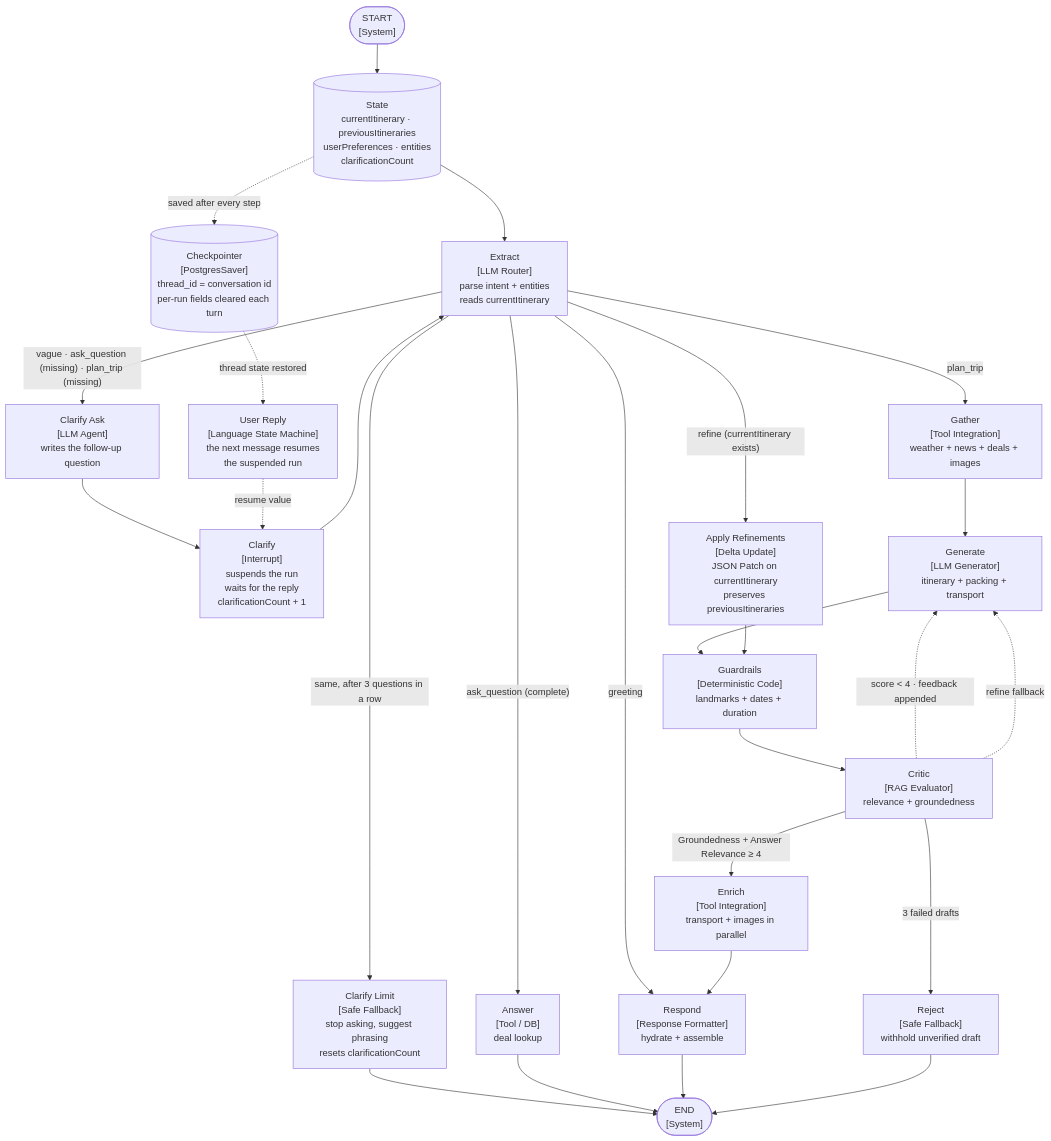
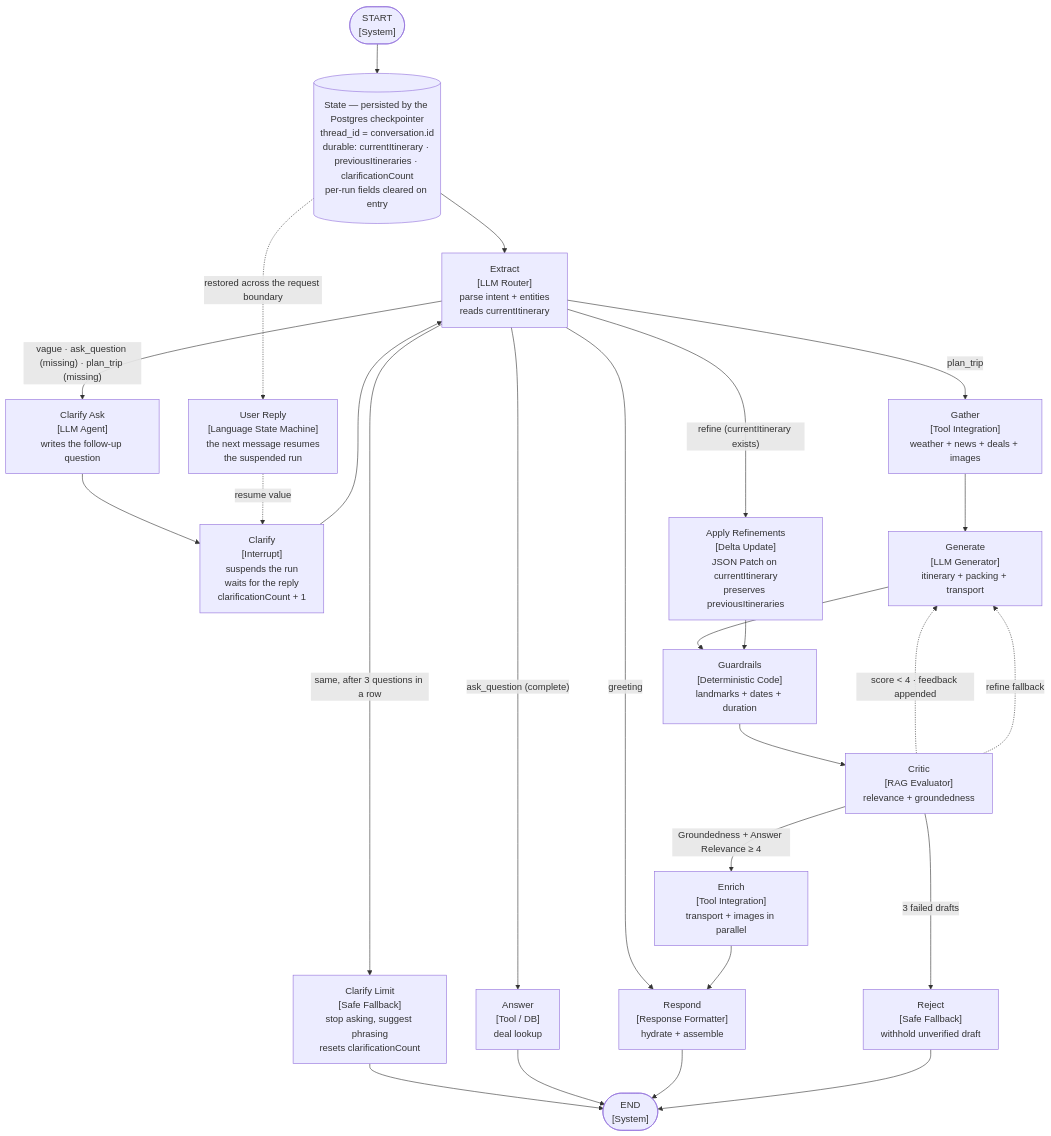
One commit to hadileonard08/jalan changed the diagram in README.md. Above: the diagram before and after it, drawn with Mermaid. The commit also changed 2 other files, not shown here.

Commit message:
README: merge State and Checkpointer into one data store in the diagram.
The checkpointer is a compile-time configuration, not a routing node, so drawing
it as a peer cylinder implied a graph step that never runs. It is now part of the
State node, with one dotted edge showing state is restored across the request
boundary. The label names the durable fields correctly (clarificationCount is
kept, not cleared) and the render test now fails if a separate Checkpointer node
reappears. Also syncs the ASCII architecture block in AGENTS.md with the
clarifyAsk -> clarify -> extract loop.

Generated with [Devin](https://devin.ai)

````diff
--- a/README.md
+++ b/README.md
@@ -66,69 +66,68 @@
 ```mermaid
 flowchart TD
     START(["START<br/>[System]"])
     END(["END<br/>[System]"])
 
-    state[("State<br/>currentItinerary · previousItineraries<br/>userPreferences · entities<br/>clarificationCount")]
-    checkpointer[("Checkpointer<br/>[PostgresSaver]<br/>thread_id = conversation id<br/>per-run fields cleared each turn")]
+    state[("State — persisted by the Postgres checkpointer<br/>thread_id = conversation.id<br/>durable: currentItinerary · previousItineraries · clarificationCount<br/>per-run fields cleared on entry")]
     extract["Extract<br/>[LLM Router]<br/>parse intent + entities<br/>reads currentItinerary"]
     clarifyAsk["Clarify Ask<br/>[LLM Agent]<br/>writes the follow-up question"]
     clarify["Clarify<br/>[Interrupt]<br/>suspends the run<br/>waits for the reply<br/>clarificationCount + 1"]
     clarifyLimit["Clarify Limit<br/>[Safe Fallback]<br/>stop asking, suggest phrasing<br/>resets clarificationCount"]
     gather["Gather<br/>[Tool Integration]<br/>weather + news + deals + images"]
     generate["Generate<br/>[LLM Generator]<br/>itinerary + packing + transport"]
     applyRefinements["Apply Refinements<br/>[Delta Update]<br/>JSON Patch on currentItinerary<br/>preserves previousItineraries"]
     guardrails["Guardrails<br/>[Deterministic Code]<br/>landmarks + dates + duration"]
     critic["Critic<br/>[RAG Evaluator]<br/>relevance + groundedness"]
     enrich["Enrich<br/>[Tool Integration]<br/>transport + images in parallel"]
     answer["Answer<br/>[Tool / DB]<br/>deal lookup"]
     respond["Respond<br/>[Response Formatter]<br/>hydrate + assemble"]
     reject["Reject<br/>[Safe Fallback]<br/>withhold unverified draft"]
     userReply["User Reply<br/>[Language State Machine]<br/>the next message resumes<br/>the suspended run"]
 
     %% Entry — the thread's state is restored before Extract runs
     START --> state
     state --> extract
 
-    %% Persistence: state survives between turns, so a run can pause at END
-    state -.->|"saved after every step"| checkpointer
-    checkpointer -.->|"thread state restored"| userReply
+    %% Persistence: the checkpointer saves state after every step (when one is
+    %% configured), so a suspended run continues on the next request.
+    state -.->|"restored across the request boundary"| userReply
 
     %% Extract routing — consolidated labels to avoid overlap
     extract -->|"greeting"| respond
     extract -->|"vague · ask_question (missing) · plan_trip (missing)"| clarifyAsk
     extract -->|"same, after 3 questions in a row"| clarifyLimit
     extract -->|"ask_question (complete)"| answer
     extract -->|"plan_trip"| gather
     extract -->|"refine (currentItinerary exists)"| applyRefinements
 
     %% Direct answers and the loop-guard fallback are final responses
     clarifyLimit --> END
     answer --> END
 
     %% The clarification loop, entirely inside the graph: Clarify Ask writes the
     %% question, Clarify suspends the run with interrupt(), and the user's reply
     %% resumes it straight back into Extract — up to MAX_CLARIFICATIONS = 3 in a
     %% row, after which the router diverts to Clarify Limit.
     clarifyAsk --> clarify
     clarify --> extract
     userReply -.->|"resume value"| clarify
 
     %% Main pipeline — Gather clears the clarification streak
     gather --> generate
     generate --> guardrails
     applyRefinements --> guardrails
     guardrails --> critic
 
     %% Critic routing — approval goes to enrichment; rejection loops back to generation
     critic -->|"Groundedness + Answer Relevance ≥ 4"| enrich
     critic -.->|"score < 4 · feedback appended"| generate
     critic -.->|"refine fallback"| generate
     critic -->|"3 failed drafts"| reject
 
     %% Enrichment runs transport + images concurrently, then responds
     enrich --> respond
 
     %% Terminal
     respond --> END
     reject --> END
 ```
````
